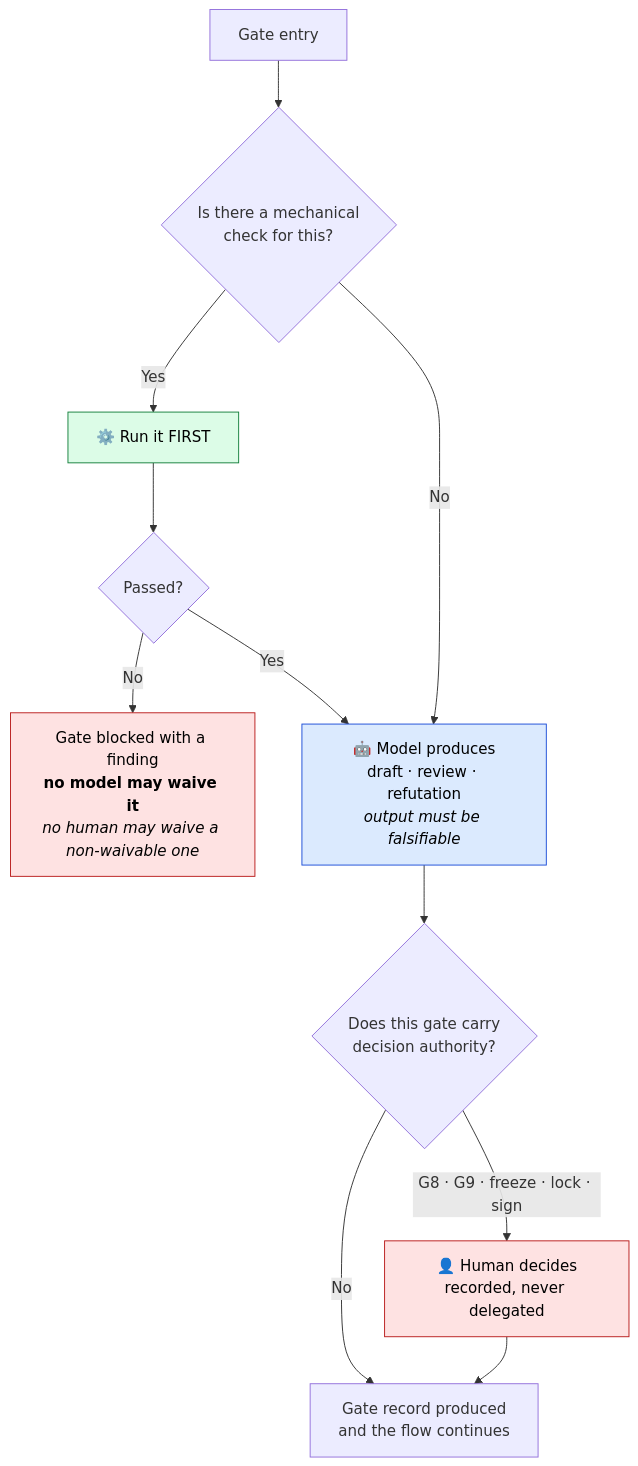
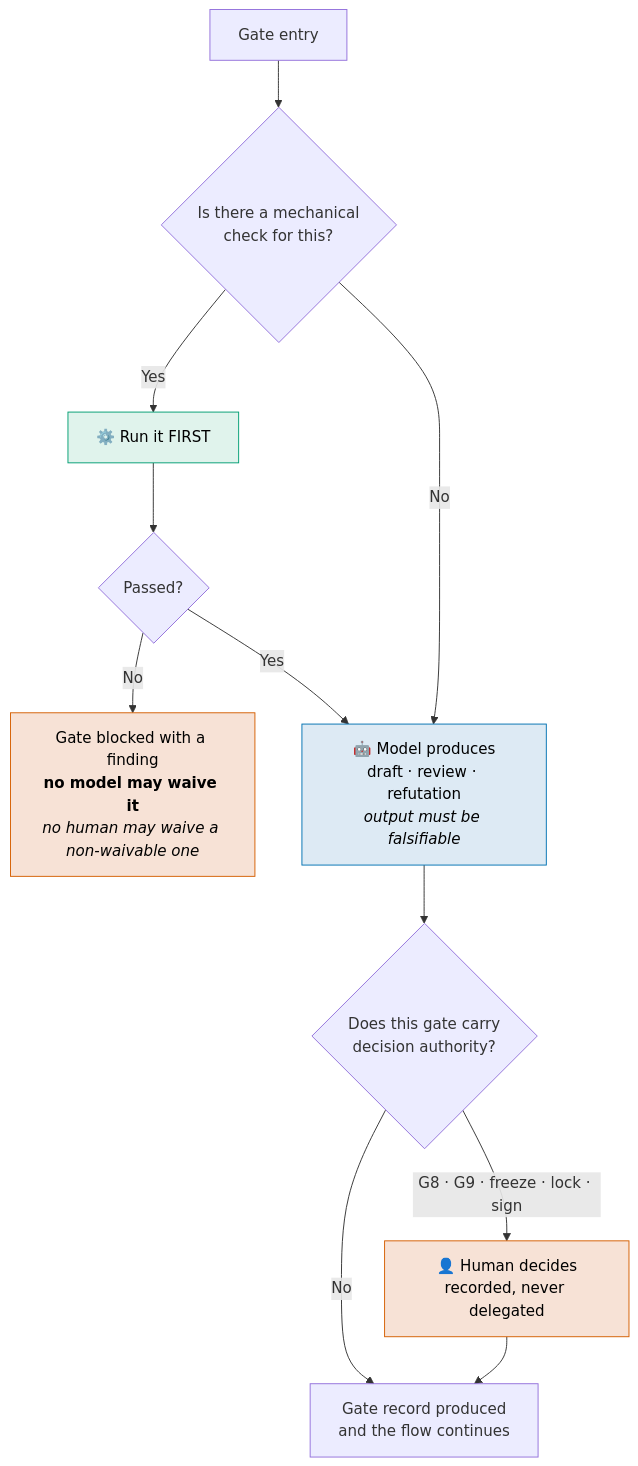
One commit to furkanhanilci/AETHRION changed diagram 11 of 16 in README.md. Above: the diagram before and after it, drawn with Mermaid. The commit also changed other lines of this file and 32 other files, not shown here.

````diff
--- a/README.md
+++ b/README.md
@@ -430,18 +483,18 @@
 ```mermaid
 flowchart TD
     IN["Gate entry"] --> MECH{"Is there a mechanical<br/>check for this?"}
     MECH -->|Yes| RUN["⚙️ Run it FIRST"]
     RUN --> PASS{"Passed?"}
     PASS -->|No| BLOCK["Gate blocked with a finding<br/><b>no model may waive it</b><br/><i>no human may waive a non-waivable one</i>"]
     PASS -->|Yes| MODEL
     MECH -->|No| MODEL["🤖 Model produces<br/>draft · review · refutation<br/><i>output must be falsifiable</i>"]
     MODEL --> AUTH{"Does this gate carry<br/>decision authority?"}
     AUTH -->|"G8 · G9 · freeze · lock · sign"| HUMAN["👤 Human decides<br/>recorded, never delegated"]
     AUTH -->|No| REC["Gate record produced<br/>and the flow continues"]
     HUMAN --> REC
 
-    style RUN fill:#dcfce7,stroke:#15803d,color:#000
-    style BLOCK fill:#fee2e2,stroke:#b91c1c,color:#000
-    style MODEL fill:#dbeafe,stroke:#1d4ed8,color:#000
-    style HUMAN fill:#fee2e2,stroke:#b91c1c,color:#000
+    style RUN fill:#E0F3EC,stroke:#009E73,color:#000
+    style BLOCK fill:#F7E2D6,stroke:#D55E00,color:#000
+    style MODEL fill:#DDEAF4,stroke:#0072B2,color:#000
+    style HUMAN fill:#F7E2D6,stroke:#D55E00,color:#000
 ```
````
